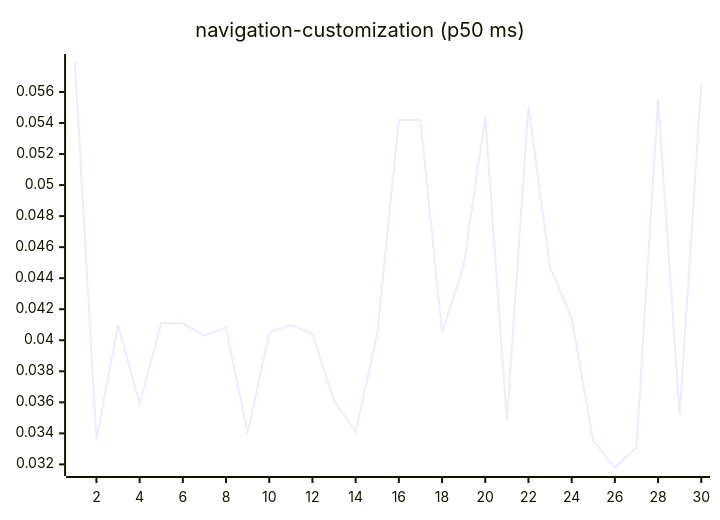
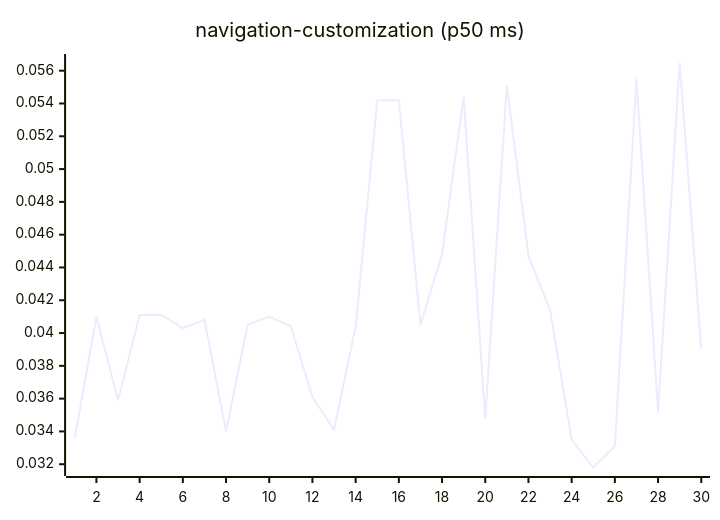
One commit to josha/Facet changed diagram 15 of 27 in README.md. Above: the diagram before and after it, drawn with Mermaid. The commit also changed other lines of this file and 2 other files, not shown here.

````diff
--- a/README.md
+++ b/README.md
@@ -161,6 +161,6 @@
 ```mermaid
 xychart-beta
     title "navigation-customization (p50 ms)"
     x-axis 1 --> 30
-    line [0.0579, 0.0336, 0.0410, 0.0359, 0.0411, 0.0411, 0.0403, 0.0408, 0.0340, 0.0405, 0.0410, 0.0404, 0.0361, 0.0341, 0.0404, 0.0542, 0.0542, 0.0405, 0.0448, 0.0544, 0.0348, 0.0551, 0.0447, 0.0414, 0.0335, 0.0318, 0.0331, 0.0555, 0.0352, 0.0565]
+    line [0.0336, 0.0410, 0.0359, 0.0411, 0.0411, 0.0403, 0.0408, 0.0340, 0.0405, 0.0410, 0.0404, 0.0361, 0.0341, 0.0404, 0.0542, 0.0542, 0.0405, 0.0448, 0.0544, 0.0348, 0.0551, 0.0447, 0.0414, 0.0335, 0.0318, 0.0331, 0.0555, 0.0352, 0.0565, 0.0390]
 ```
````
